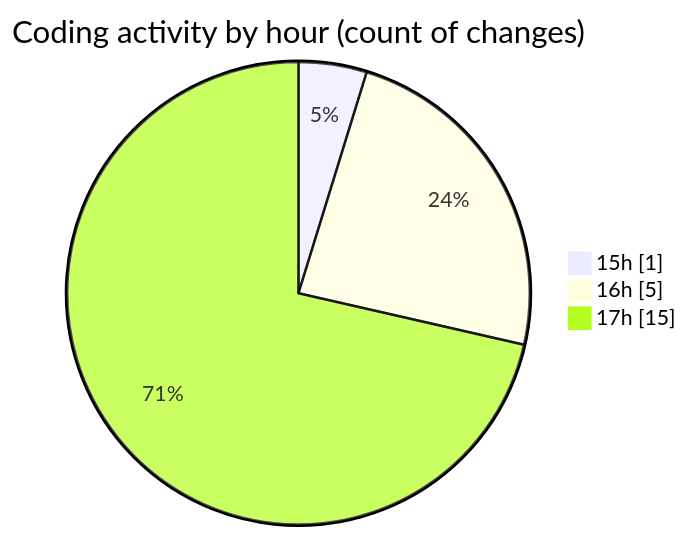
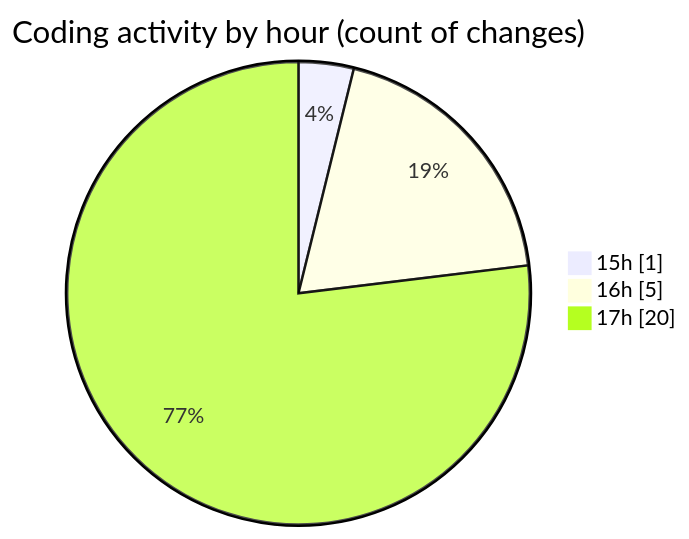
The second of 2 diagrams in 2026-07-24/untitled__workspace_/README.md (debugP/code-tracking), drawn with Mermaid before and after one commit. The commit also changed other lines of this file and 1 other file, not shown here.

````diff
--- a/2026-07-24/untitled__workspace_/README.md
+++ b/2026-07-24/untitled__workspace_/README.md
@@ -32,7 +32,7 @@
 ```mermaid
 pie showData
 title Coding activity by hour (count of changes)
 "15h" : 1
 "16h" : 5
-"17h" : 15
+"17h" : 20
 ```
````
